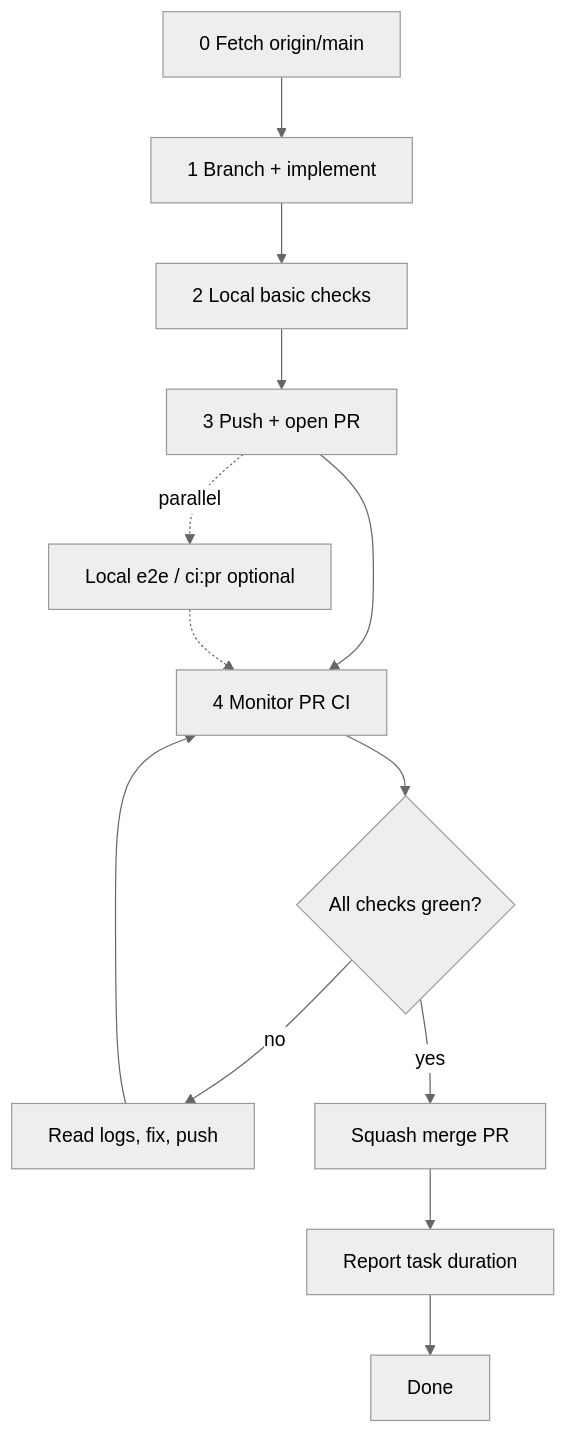
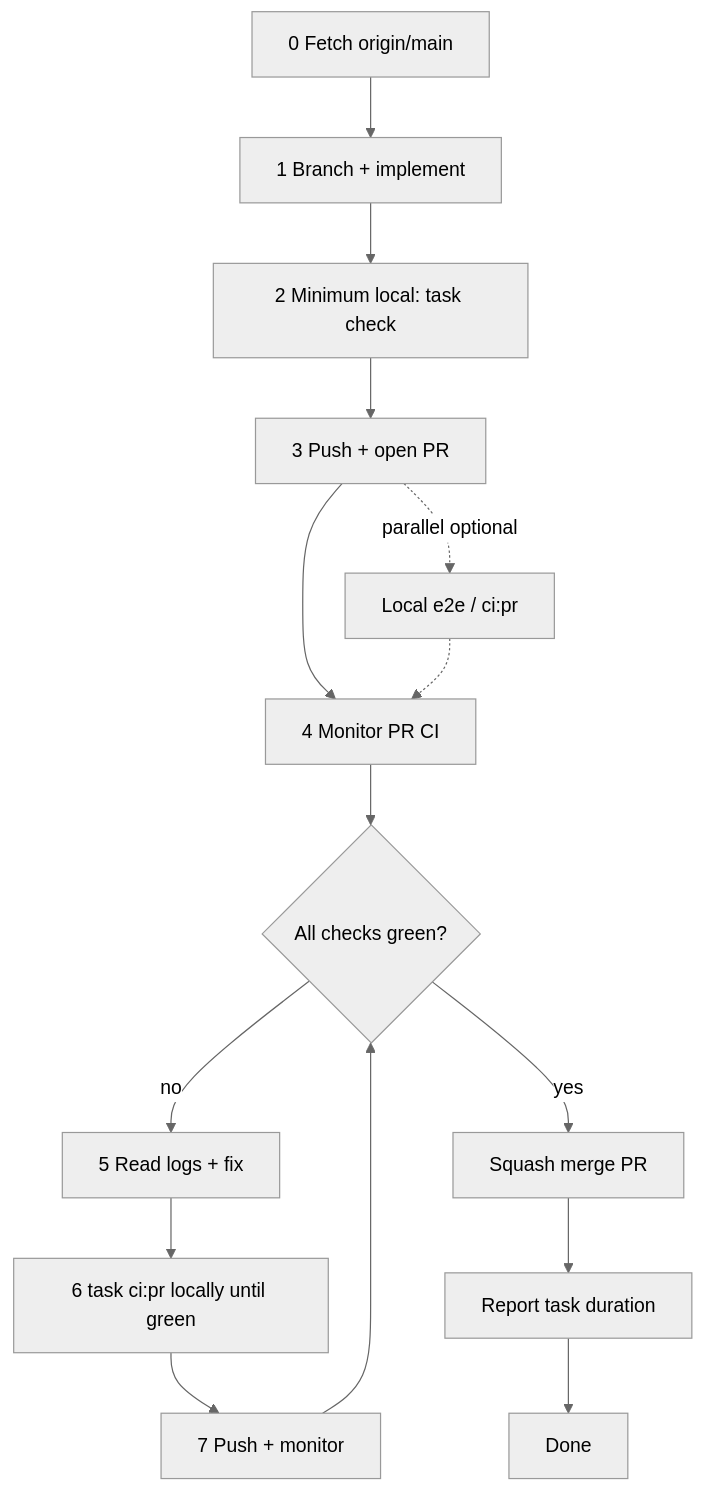
Before and after one commit to meta-secret/nook: the diagram in .cortex/workflows/pull-requests.md, drawn with Mermaid (neutral theme). The commit also changed other lines of this file and 5 other files, not shown here.

````diff
--- a/.cortex/workflows/pull-requests.md
+++ b/.cortex/workflows/pull-requests.md
@@ -24,15 +24,17 @@
 ```mermaid
 flowchart TD
   Z[0 Fetch origin/main] --> A[1 Branch + implement]
-  A --> B[2 Local basic checks]
+  A --> B[2 Minimum local: task check]
   B --> E[3 Push + open PR]
   E --> F[4 Monitor PR CI]
-  E -.->|parallel| D[Local e2e / ci:pr optional]
+  E -.->|parallel optional| D[Local e2e / ci:pr]
   D -.-> F
   F --> G{All checks green?}
-  G -->|no| H[Read logs, fix, push]
-  H --> F
+  G -->|no| H[5 Read logs + fix]
+  H --> FULL[6 task ci:pr locally until green]
+  FULL --> PUSH[7 Push + monitor]
+  PUSH --> G
   G -->|yes| I[Squash merge PR]
   I --> J[Report task duration]
   J --> K[Done]
 ```
````
